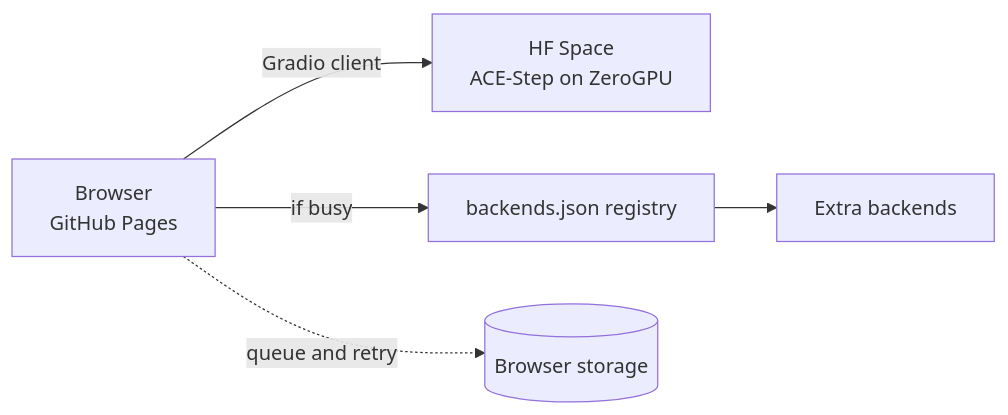
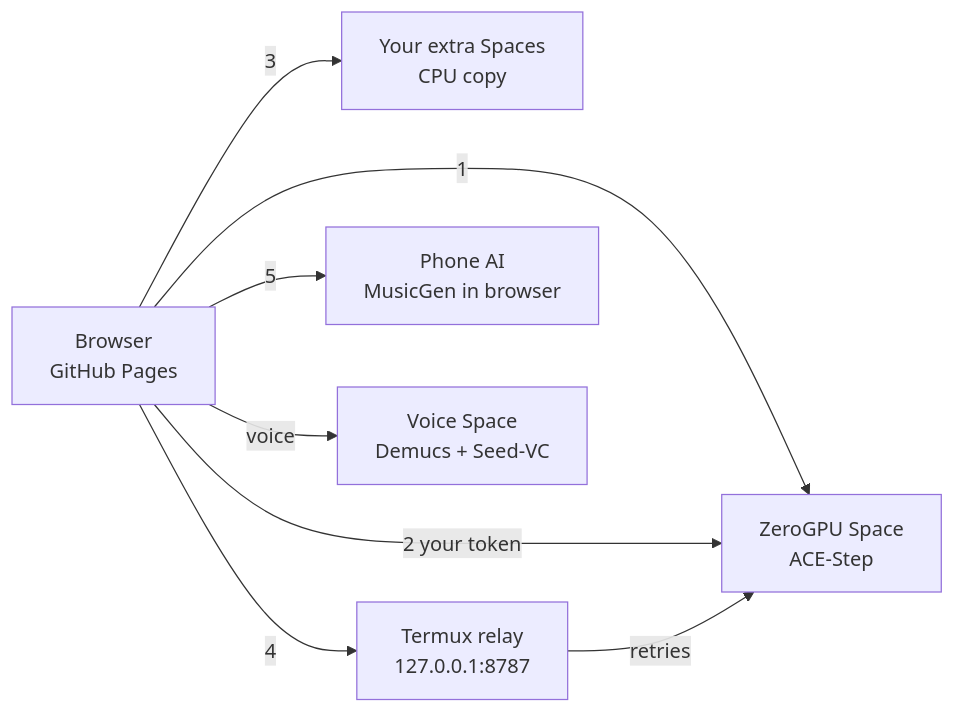
One commit to akingstar/AkStudioFreeai changed the diagram in README.md. Above: the diagram before and after it, drawn with Mermaid. The commit also changed other lines of this file and 128 other files, not shown here.

````diff
--- a/README.md
+++ b/README.md
@@ -19,6 +17,10 @@
 ```mermaid
 flowchart LR
-  U[Browser<br/>GitHub Pages] -->|Gradio client| H[HF Space<br/>ACE-Step on ZeroGPU]
-  U -->|if busy| R[backends.json registry] --> K[Extra backends]
-  U -.->|queue and retry| L[(Browser storage)]
+  B[Browser<br/>GitHub Pages] -->|1| Z[ZeroGPU Space<br/>ACE-Step]
+  B -->|2 your token| Z
+  B -->|3| X[Your extra Spaces<br/>CPU copy]
+  B -->|4| R[Termux relay<br/>127.0.0.1:8787]
+  R -->|retries| Z
+  B -->|5| P[Phone AI<br/>MusicGen in browser]
+  B -->|voice| V[Voice Space<br/>Demucs + Seed-VC]
 ```
````
